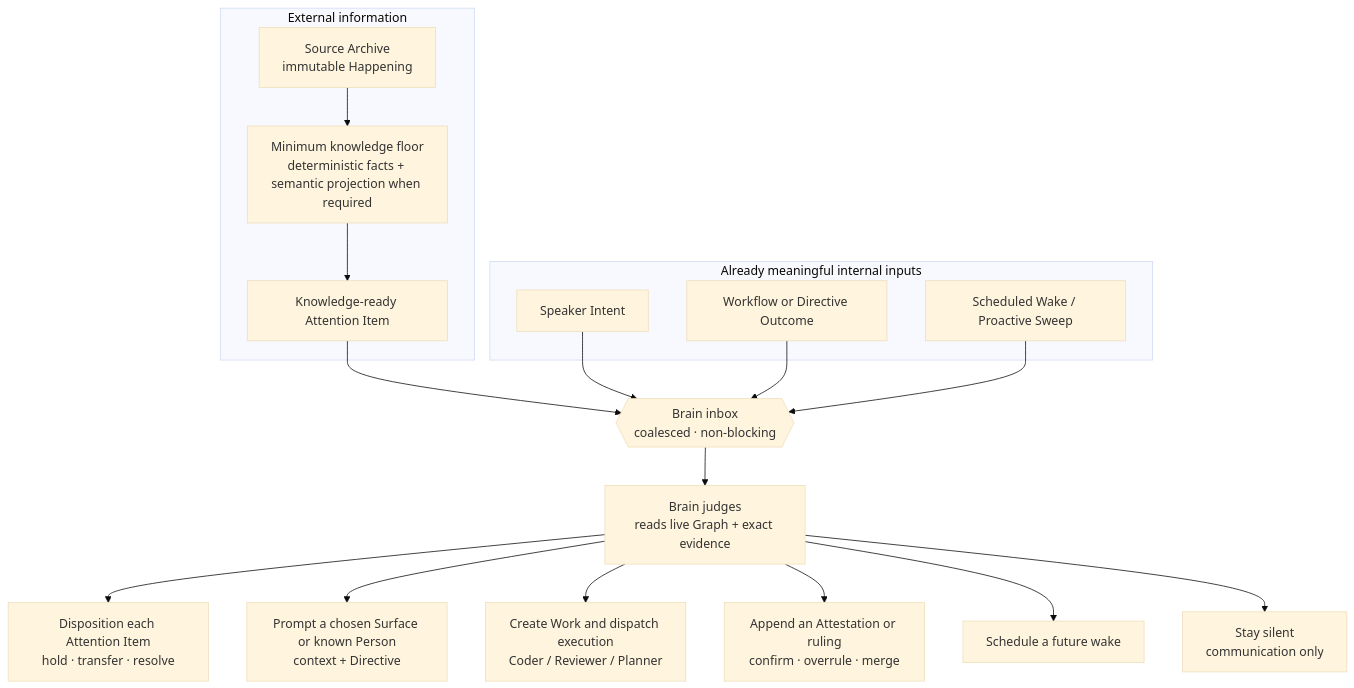
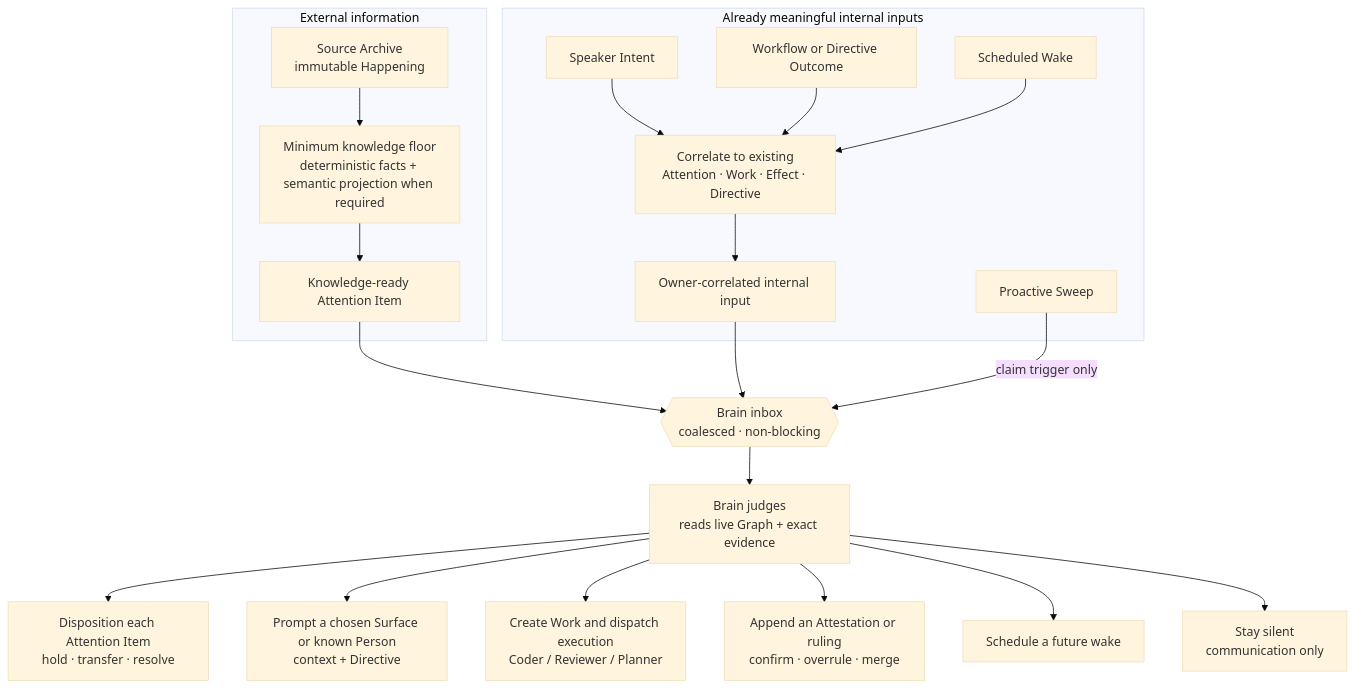
One commit to AaronAbuUsama/ambient-agent changed the second of 5 diagrams in docs/SYSTEM-ARCHITECTURE.md. Above: the diagram before and after it, drawn with Mermaid (base theme). The commit also changed other lines of this file and 1 other file, not shown here.

Commit message:
docs: account for every internal Brain input

````diff
--- a/docs/SYSTEM-ARCHITECTURE.md
+++ b/docs/SYSTEM-ARCHITECTURE.md
@@ -285,25 +285,30 @@
 ```mermaid
 flowchart TB
   subgraph external["External information"]
     SRC["Source Archive<br/>immutable Happening"]
     FLOOR["Minimum knowledge floor<br/>deterministic facts + semantic projection when required"]
   ATTENTION["Knowledge-ready Attention Item"]
     SRC --> FLOOR --> ATTENTION
   end
 
   subgraph internal["Already meaningful internal inputs"]
     I1["Speaker Intent"]
     I2["Workflow or Directive Outcome"]
-    I3["Scheduled Wake / Proactive Sweep"]
+    I3["Scheduled Wake"]
+    I4["Proactive Sweep"]
+    CORRELATE["Correlate to existing<br/>Attention · Work · Effect · Directive"]
+    OWNED["Owner-correlated internal input"]
+    I1 & I2 & I3 --> CORRELATE --> OWNED
   end
 
-  ATTENTION & I1 & I2 & I3 --> INBOX{{"Brain inbox<br/>coalesced · non-blocking"}}
+  ATTENTION & OWNED --> INBOX{{"Brain inbox<br/>coalesced · non-blocking"}}
+  I4 -->|"claim trigger only"| INBOX
   INBOX --> DECIDE["Brain judges<br/>reads live Graph + exact evidence"]
 
   DECIDE --> A1["Disposition each Attention Item<br/>hold · transfer · resolve"]
   DECIDE --> D1["Prompt a chosen Surface or known Person<br/>context + Directive"]
   DECIDE --> D2["Create Work and dispatch execution<br/>Coder / Reviewer / Planner"]
   DECIDE --> D3["Append an Attestation or ruling<br/>confirm · overrule · merge"]
   DECIDE --> D4["Schedule a future wake"]
   DECIDE --> D5["Stay silent<br/>communication only"]
 ```
````
